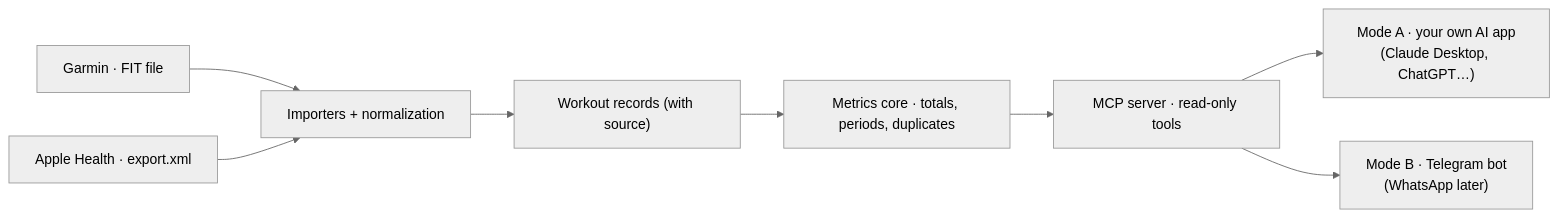
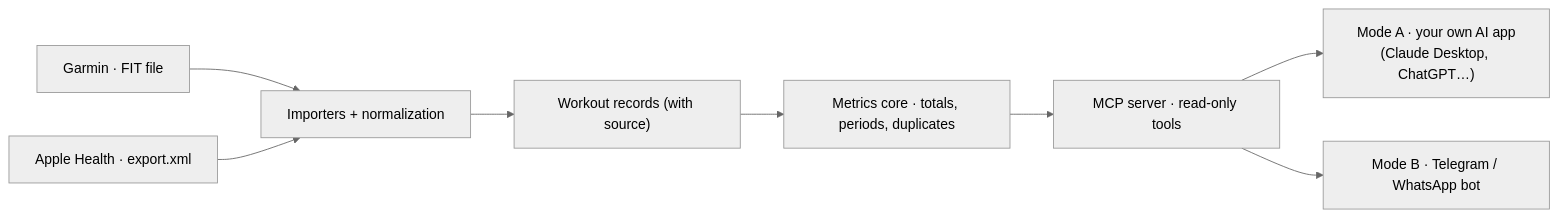
One commit to Miguelz80/OpenClock changed the diagram in README.md. Above: the diagram before and after it, drawn with Mermaid (neutral theme). The commit also changed other lines of this file and 14 other files, not shown here.

````diff
--- a/README.md
+++ b/README.md
@@ -80,10 +80,10 @@
 ```mermaid
 flowchart LR
     G["Garmin · FIT file"] --> I["Importers + normalization"]
     A["Apple Health · export.xml"] --> I
     I --> D["Workout records (with source)"]
     D --> K["Metrics core · totals, periods, duplicates"]
     K --> M["MCP server · read-only tools"]
     M --> C1["Mode A · your own AI app<br/>(Claude Desktop, ChatGPT…)"]
-    M --> C2["Mode B · Telegram bot<br/>(WhatsApp later)"]
+    M --> C2["Mode B · Telegram / WhatsApp bot"]
 ```
````
